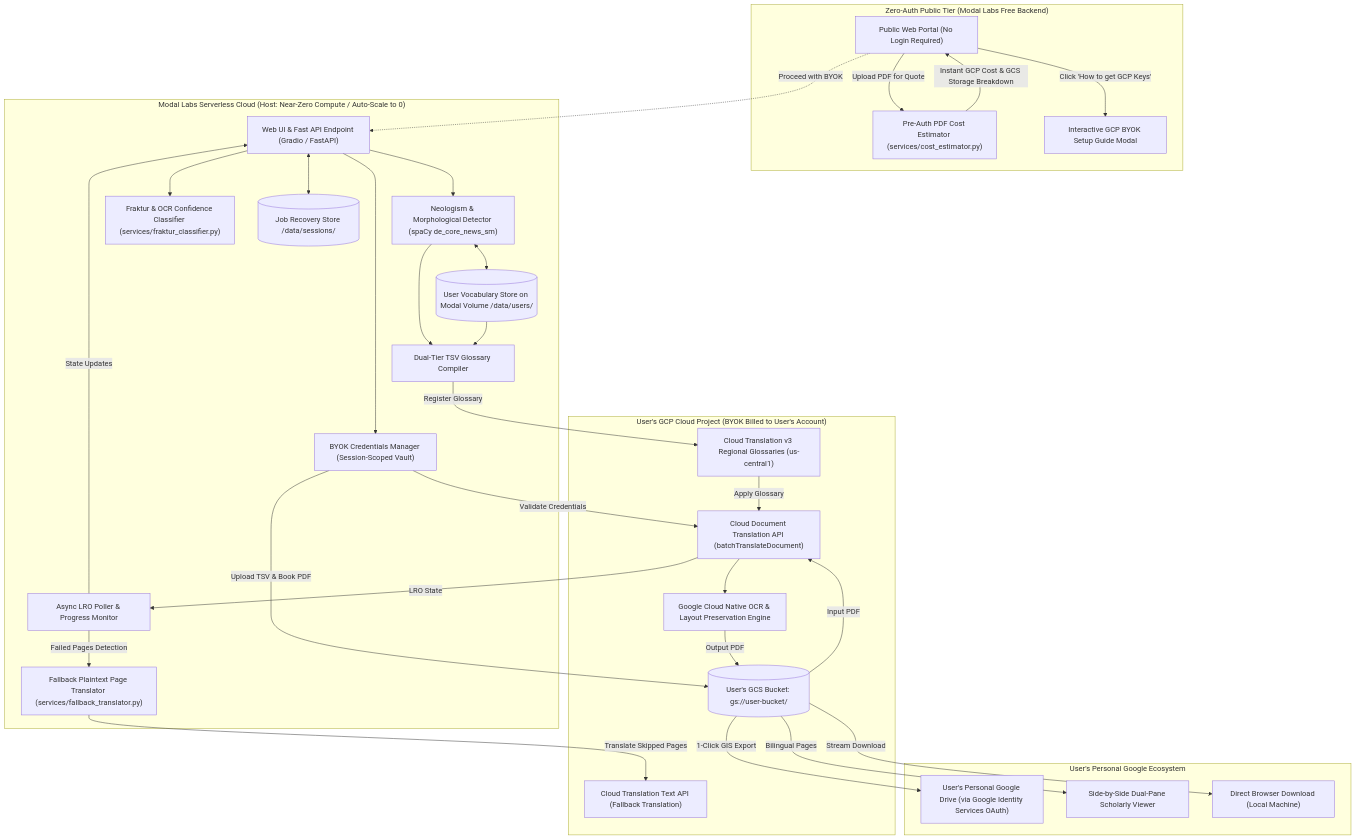
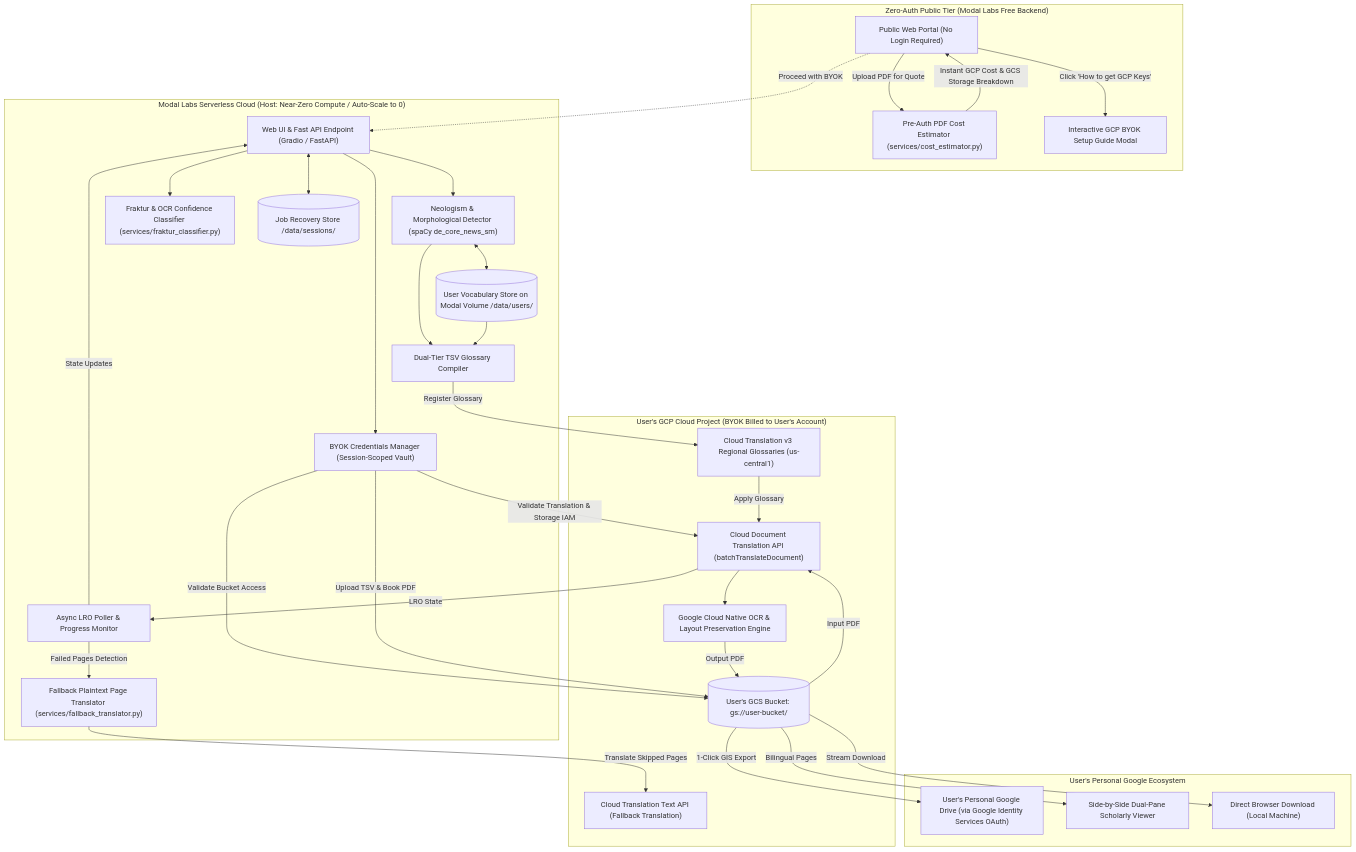
The first of 2 diagrams in spec/gcp-migration/design.md (JAaron93/PhenomenalLayout), drawn with Mermaid before and after one commit. The commit also changed other lines of this file and 2 other files, not shown here.

First line of the commit message:
fix(spec): address Greptile review comments on bucket validation, 7-day staging lifecycle, and auditable gcloud commands

````diff
--- a/spec/gcp-migration/design.md
+++ b/spec/gcp-migration/design.md
@@ -20,60 +20,61 @@
 ```mermaid
 flowchart TB
     subgraph PreAuth_Zone["Zero-Auth Public Tier (Modal Labs Free Backend)"]
         PUB_UI["Public Web Portal (No Login Required)"]
         COST_EST["Pre-Auth PDF Cost Estimator (services/cost_estimator.py)"]
         GUIDE_MODAL["Interactive GCP BYOK Setup Guide Modal"]
         PUB_UI -->|Upload PDF for Quote| COST_EST
         COST_EST -->|Instant GCP Cost & GCS Storage Breakdown| PUB_UI
         PUB_UI -->|Click 'How to get GCP Keys'| GUIDE_MODAL
     end
 
     subgraph Modal_Zone["Modal Labs Serverless Cloud (Host: Near-Zero Compute / Auto-Scale to 0)"]
         UI["Web UI & Fast API Endpoint (Gradio / FastAPI)"]
         AUTH["BYOK Credentials Manager (Session-Scoped Vault)"]
         NEO["Neologism & Morphological Detector (spaCy de_core_news_sm)"]
         FRAK["Fraktur & OCR Confidence Classifier (services/fraktur_classifier.py)"]
         VOCAB[("User Vocabulary Store on Modal Volume /data/users/")]
         JOB_REC[("Job Recovery Store /data/sessions/")]
         GLOSS_COMP["Dual-Tier TSV Glossary Compiler"]
         LRO_MON["Async LRO Poller & Progress Monitor"]
         FALLBACK["Fallback Plaintext Page Translator (services/fallback_translator.py)"]
     end
 
     subgraph GCP_Zone["User's GCP Cloud Project (BYOK Billed to User's Account)"]
         GCS_BUCKET[("User's GCS Bucket: gs://user-bucket/")]
         GCP_GLOSS["Cloud Translation v3 Regional Glossaries (us-central1)"]
         GCP_BATCH["Cloud Document Translation API (batchTranslateDocument)"]
         GCP_OCR["Google Cloud Native OCR & Layout Preservation Engine"]
         GCP_TEXT["Cloud Translation Text API (Fallback Translation)"]
     end
 
     subgraph User_Personal_Cloud["User's Personal Google Ecosystem"]
         GDRIVE["User's Personal Google Drive (via Google Identity Services OAuth)"]
         DUAL_PANE["Side-by-Side Dual-Pane Scholarly Viewer"]
         LOCAL_DL["Direct Browser Download (Local Machine)"]
     end
 
     PUB_UI -.->|Proceed with BYOK| UI
     UI --> AUTH
-    AUTH -->|Validate Credentials| GCP_BATCH
+    AUTH -->|Validate Translation & Storage IAM| GCP_BATCH
+    AUTH -->|Validate Bucket Access| GCS_BUCKET
     UI --> NEO
     UI --> FRAK
     NEO <--> VOCAB
     UI <--> JOB_REC
     NEO --> GLOSS_COMP
     VOCAB --> GLOSS_COMP
     AUTH -->|Upload TSV & Book PDF| GCS_BUCKET
     GLOSS_COMP -->|Register Glossary| GCP_GLOSS
     GCS_BUCKET -->|Input PDF| GCP_BATCH
     GCP_GLOSS -->|Apply Glossary| GCP_BATCH
     GCP_BATCH --> GCP_OCR
     GCP_BATCH -->|LRO State| LRO_MON
     GCP_OCR -->|Output PDF| GCS_BUCKET
     LRO_MON -->|State Updates| UI
     LRO_MON -->|Failed Pages Detection| FALLBACK
     FALLBACK -->|Translate Skipped Pages| GCP_TEXT
     GCS_BUCKET -->|Stream Download| LOCAL_DL
     GCS_BUCKET -->|1-Click GIS Export| GDRIVE
     GCS_BUCKET -->|Bilingual Pages| DUAL_PANE
 ```
````
